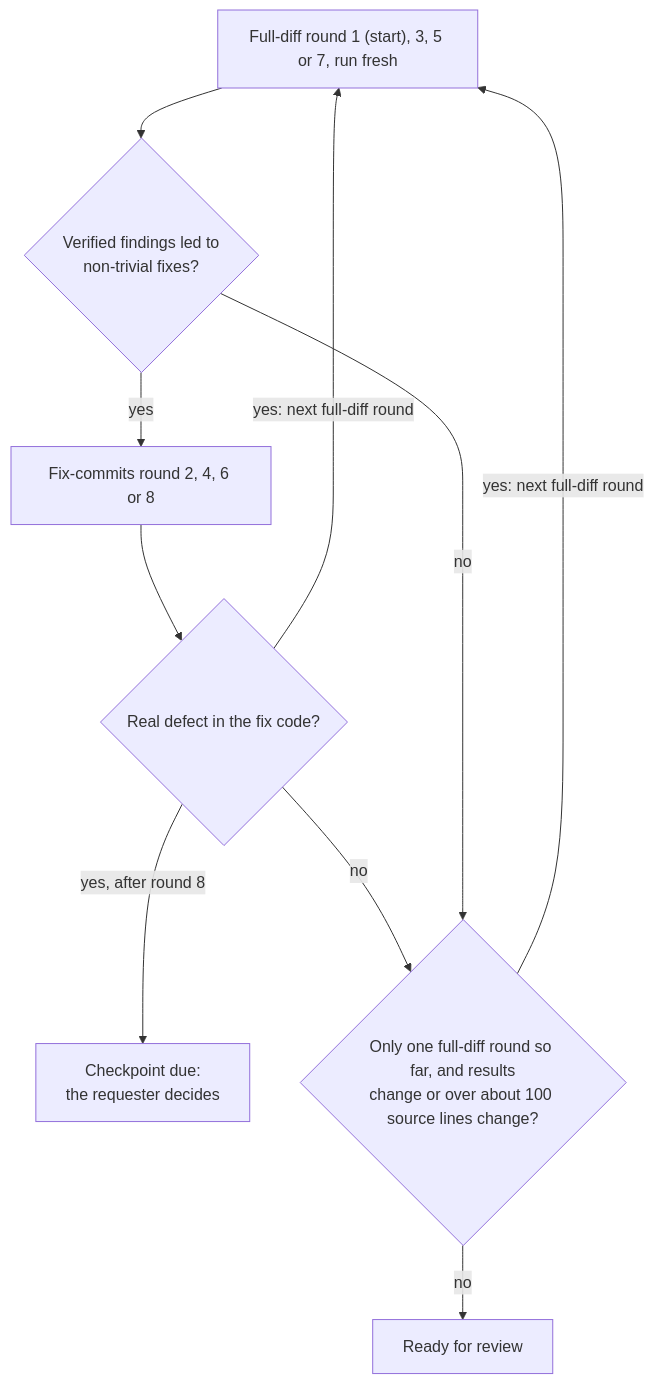
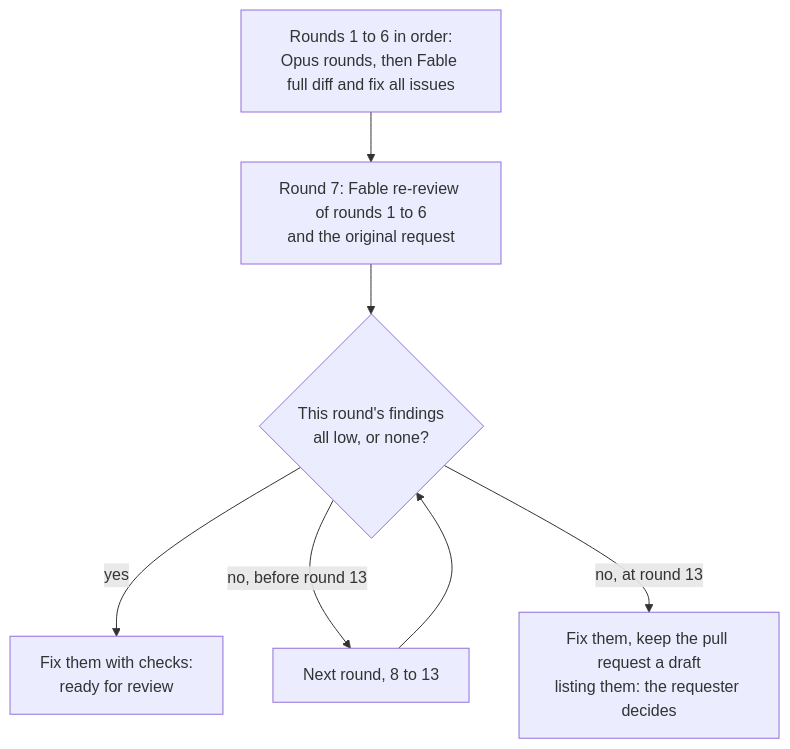
One commit to sasasqt/invest changed the eighth of 8 diagrams in docs/CLAUDE_WORKFLOW.md. Above: the diagram before and after it, drawn with Mermaid. The commit also changed other lines of this file and 2 other files, not shown here.

First line of the commit message:
Propose the 13-round review ladder (draft, for review)

````diff
--- a/docs/CLAUDE_WORKFLOW.md
+++ b/docs/CLAUDE_WORKFLOW.md
@@ -243,12 +248,9 @@
 ```mermaid
 flowchart TD
-  A["Full-diff round 1 (start), 3, 5 or 7, run fresh"] --> B{"Verified findings led to<br/>non-trivial fixes?"}
-  B -- yes --> C["Fix-commits round 2, 4, 6 or 8"]
-  C --> D{"Real defect in the fix code?"}
-  D -- "yes, after round 8" --> K["Checkpoint due:<br/>the requester decides"]
-  D -- "yes: next full-diff round" --> A
-  D -- no --> E{"Only one full-diff round so far, and results<br/>change or over about 100 source lines change?"}
-  B -- no --> E
-  E -- "yes: next full-diff round" --> A
-  E -- no --> R["Ready for review"]
+  A["Rounds 1 to 6 in order:<br/>Opus rounds, then Fable full diff and fix all issues"] --> B["Round 7: Fable re-review of rounds 1 to 6<br/>and the original request"]
+  B --> C{"This round's findings<br/>all low, or none?"}
+  C -- yes --> R["Fix them with checks:<br/>ready for review"]
+  C -- "no, before round 13" --> D["Next round, 8 to 13"]
+  D --> C
+  C -- "no, at round 13" --> K["Fix them, keep the pull request a draft<br/>listing them: the requester decides"]
 ```
````
